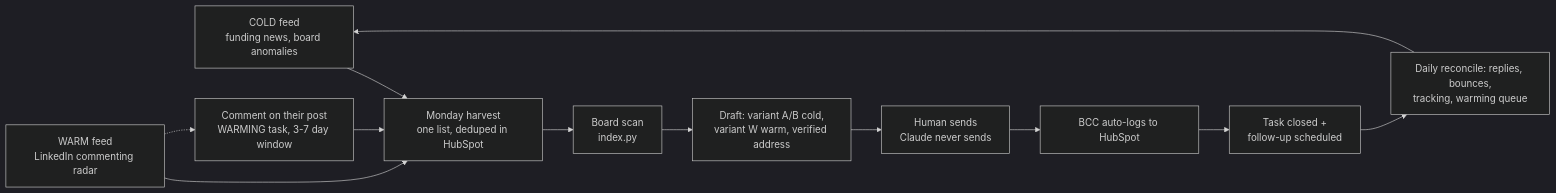
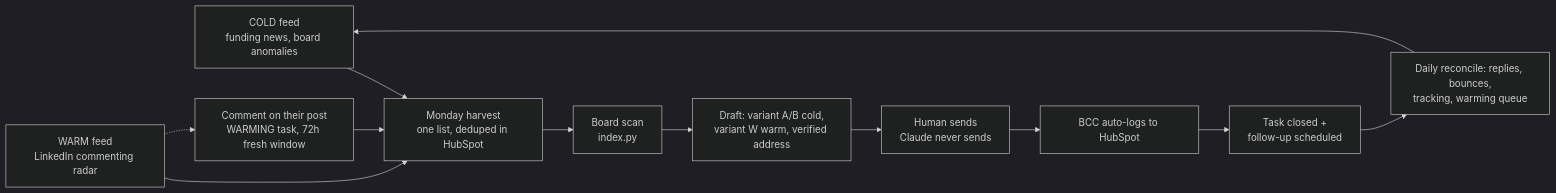
One commit to JacopoLupo/tribe-claude-skills changed the diagram in README.md. Above: the diagram before and after it, drawn with Mermaid (dark theme). The commit also changed other lines of this file and 7 other files, not shown here.

Commit message:
Scaling detector: TA pressure metric, board velocity, weekly hunting grounds, 72h fresh warm window + CONTRIBUTING

````diff
--- a/README.md
+++ b/README.md
@@ -29,14 +29,14 @@
 ```mermaid
 flowchart LR
     A1[COLD feed<br/>funding news, board anomalies] --> B[Monday harvest<br/>one list, deduped in HubSpot]
     A2[WARM feed<br/>LinkedIn commenting radar] --> B
-    A2 -.-> W[Comment on their post<br/>WARMING task, 3-7 day window]
+    A2 -.-> W[Comment on their post<br/>WARMING task, 72h fresh window]
     W --> B
     B --> C[Board scan<br/>index.py]
     C --> D[Draft: variant A/B cold,<br/>variant W warm, verified address]
     D --> E[Human sends<br/>Claude never sends]
     E --> F[BCC auto-logs to HubSpot]
     F --> G[Task closed +<br/>follow-up scheduled]
     G --> H[Daily reconcile: replies, bounces,<br/>tracking, warming queue]
     H --> A1
 ```
````
